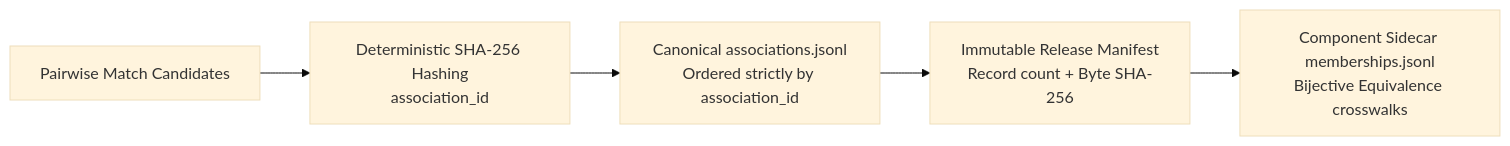
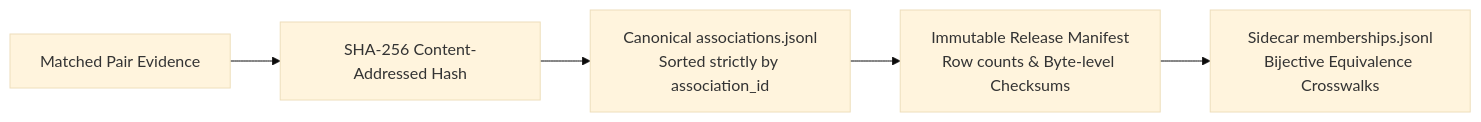
The sixth of 6 diagrams in docs/algorithms.md (astroai/xmatcher), drawn with Mermaid (base theme) before and after one commit. The commit also changed other lines of this file and 5 other files, not shown here.

````diff
--- a/docs/algorithms.md
+++ b/docs/algorithms.md
@@ -228,7 +554,7 @@
 ```mermaid
 flowchart LR
-    A["Pairwise Match Candidates"] --> B["Deterministic SHA-256 Hashing<br/>association_id"]
-    B --> C["Canonical associations.jsonl<br/>Ordered strictly by association_id"]
-    C --> D["Immutable Release Manifest<br/>Record count + Byte SHA-256"]
-    D --> E["Component Sidecar memberships.jsonl<br/>Bijective Equivalence crosswalks"]
+    A["Matched Pair Evidence"] --> B["SHA-256 Content-Addressed Hash"]
+    B --> C["Canonical associations.jsonl<br/>Sorted strictly by association_id"]
+    C --> D["Immutable Release Manifest<br/>Row counts & Byte-level Checksums"]
+    D --> E["Sidecar memberships.jsonl<br/>Bijective Equivalence Crosswalks"]
 ```
````
